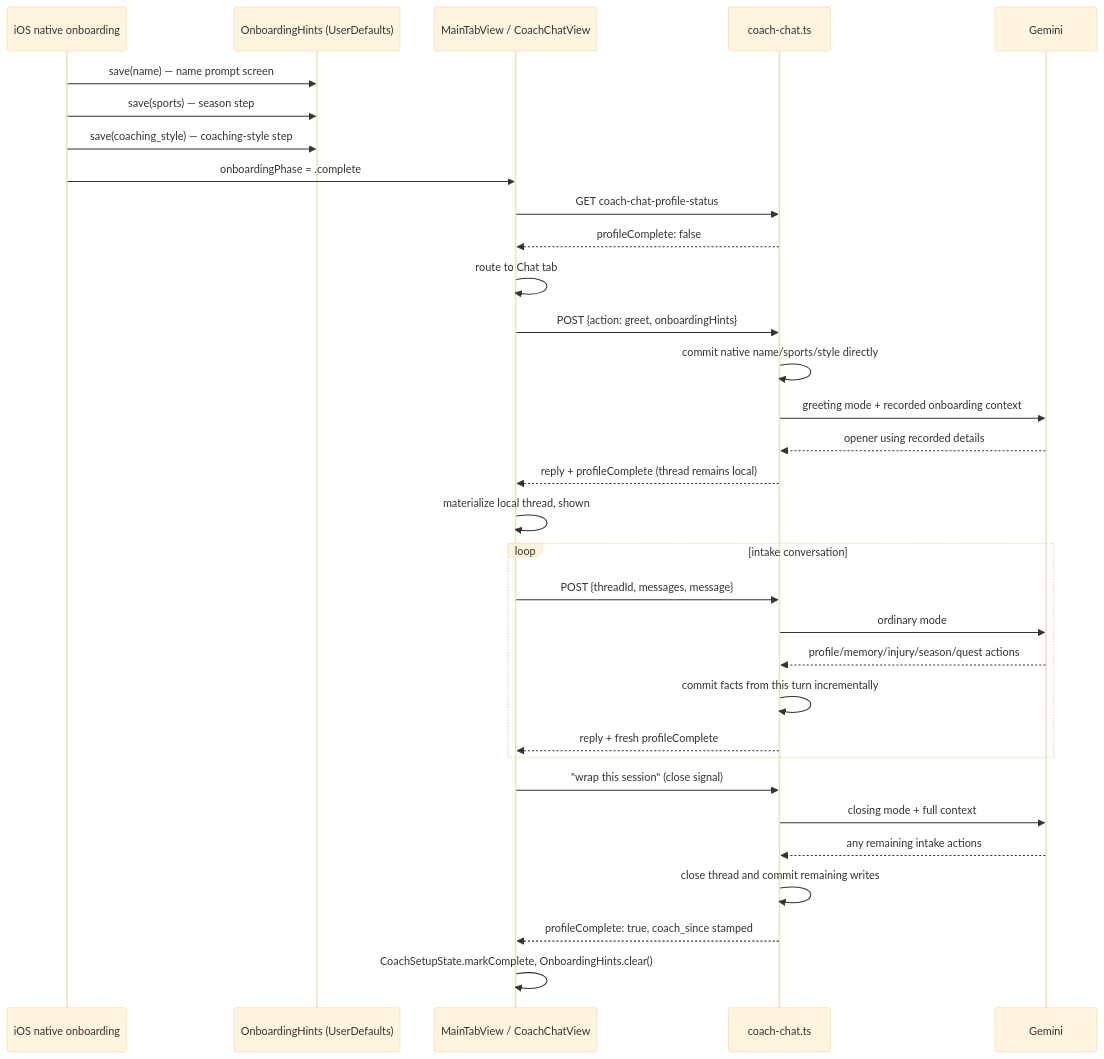
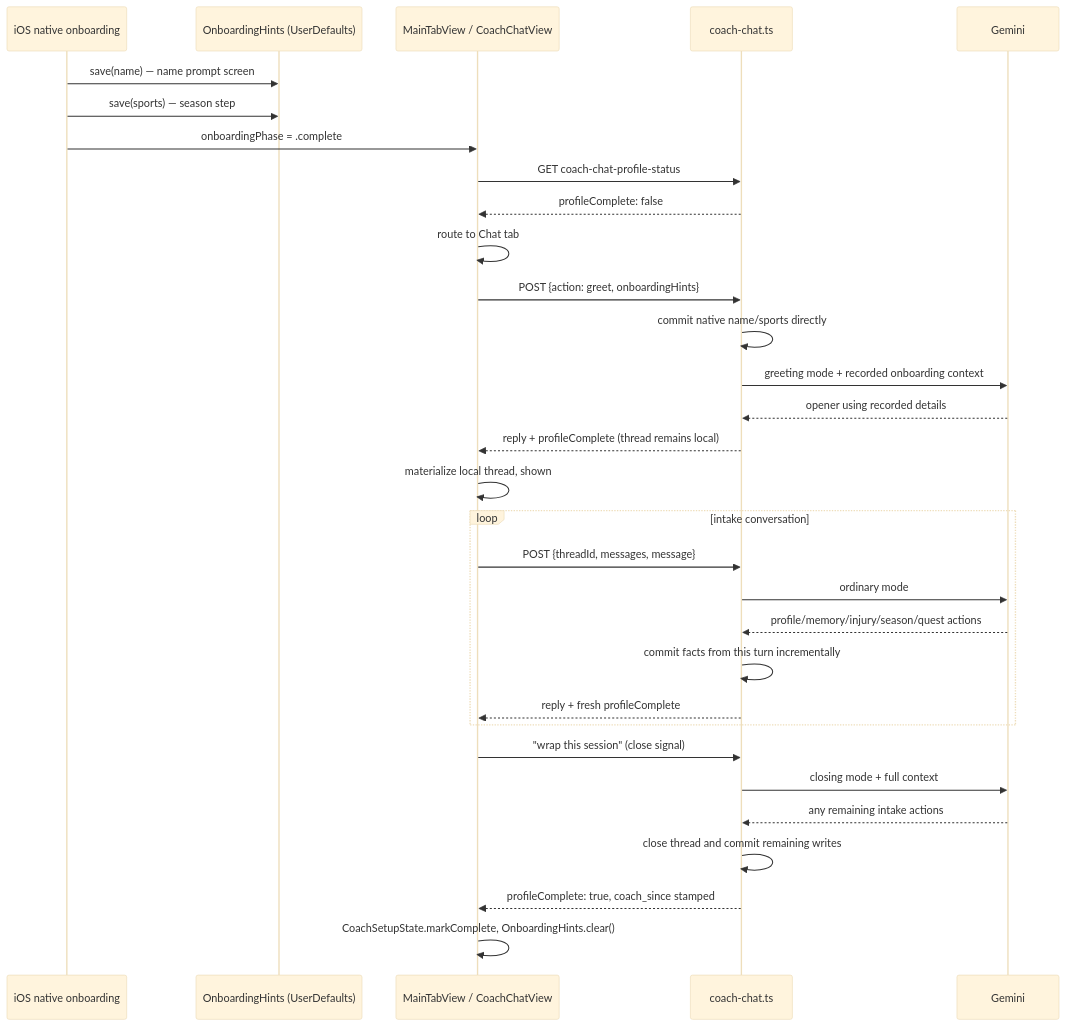
One commit to sibling-shipyard/coach-hq changed the diagram in docs/eng-docs/coach-chat-fsp.md. Above: the diagram before and after it, drawn with Mermaid (base theme). The commit also changed other lines of this file and 31 other files, not shown here.

````diff
--- a/docs/eng-docs/coach-chat-fsp.md
+++ b/docs/eng-docs/coach-chat-fsp.md
@@ -17,34 +17,33 @@
 ```mermaid
 sequenceDiagram
     participant Native as iOS native onboarding
     participant Hints as OnboardingHints (UserDefaults)
     participant App as MainTabView / CoachChatView
     participant Server as coach-chat.ts
     participant Gemini
     Native->>Hints: save(name) — name prompt screen
     Native->>Hints: save(sports) — season step
-    Native->>Hints: save(coaching_style) — coaching-style step
     Native->>App: onboardingPhase = .complete
     App->>Server: GET coach-chat-profile-status
     Server-->>App: profileComplete: false
     App->>App: route to Chat tab
     App->>Server: POST {action: greet, onboardingHints}
-    Server->>Server: commit native name/sports/style directly
+    Server->>Server: commit native name/sports directly
     Server->>Gemini: greeting mode + recorded onboarding context
     Gemini-->>Server: opener using recorded details
     Server-->>App: reply + profileComplete (thread remains local)
     App->>App: materialize local thread, shown
     loop intake conversation
         App->>Server: POST {threadId, messages, message}
         Server->>Gemini: ordinary mode
         Gemini-->>Server: profile/memory/injury/season/quest actions
         Server->>Server: commit facts from this turn incrementally
         Server-->>App: reply + fresh profileComplete
     end
     App->>Server: "wrap this session" (close signal)
     Server->>Gemini: closing mode + full context
     Gemini-->>Server: any remaining intake actions
     Server->>Server: close thread and commit remaining writes
     Server-->>App: profileComplete: true, coach_since stamped
     App->>App: CoachSetupState.markComplete, OnboardingHints.clear()
 ```
````
